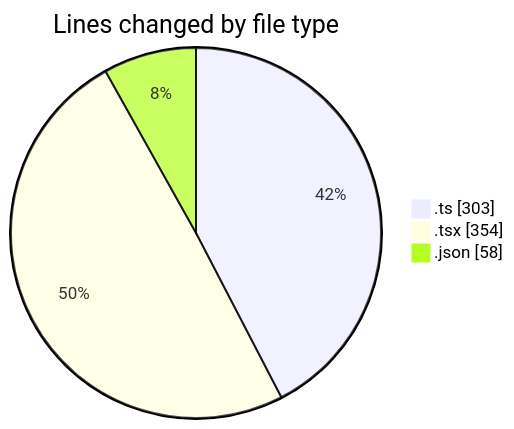
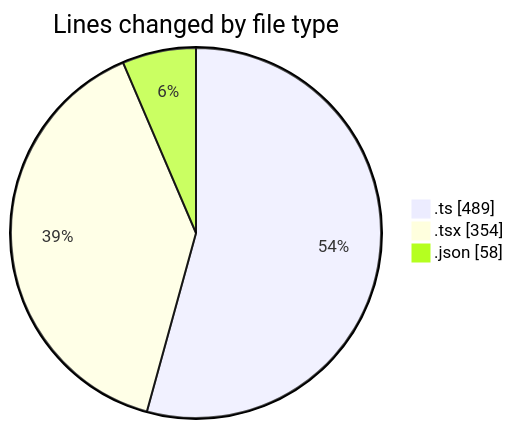
One commit to julien-gomy/code-tracking changed the first of 2 diagrams in 2025-11-24/eventscop-frontend-guide__workspace_/README.md. Above: the diagram before and after it, drawn with Mermaid. The commit also changed other lines of this file and 1 other file, not shown here.

````diff
--- a/2025-11-24/eventscop-frontend-guide__workspace_/README.md
+++ b/2025-11-24/eventscop-frontend-guide__workspace_/README.md
@@ -31,7 +33,7 @@
 ```mermaid
 pie showData
 title Lines changed by file type
-".ts" : 303
+".ts" : 489
 ".tsx" : 354
 ".json" : 58
 ```
````
